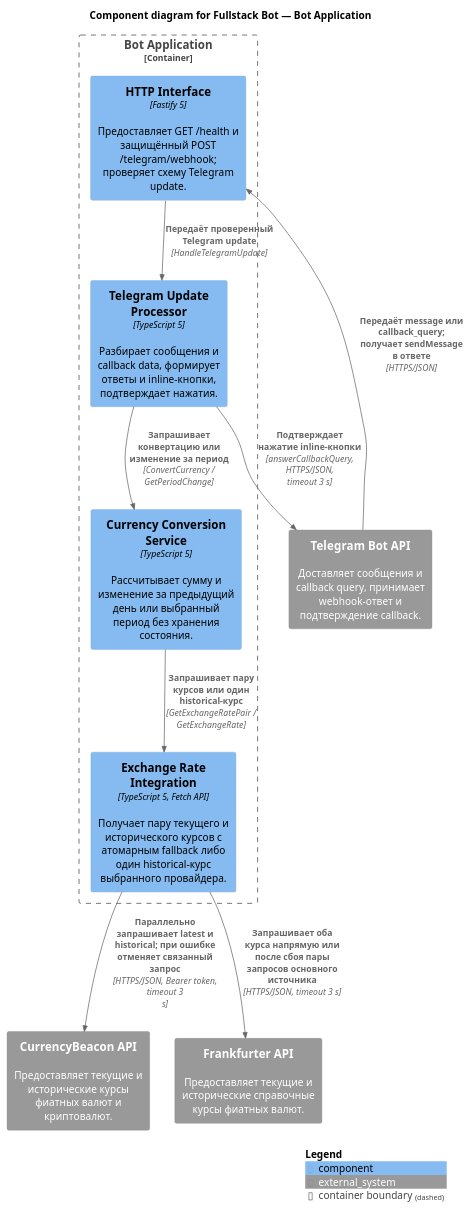
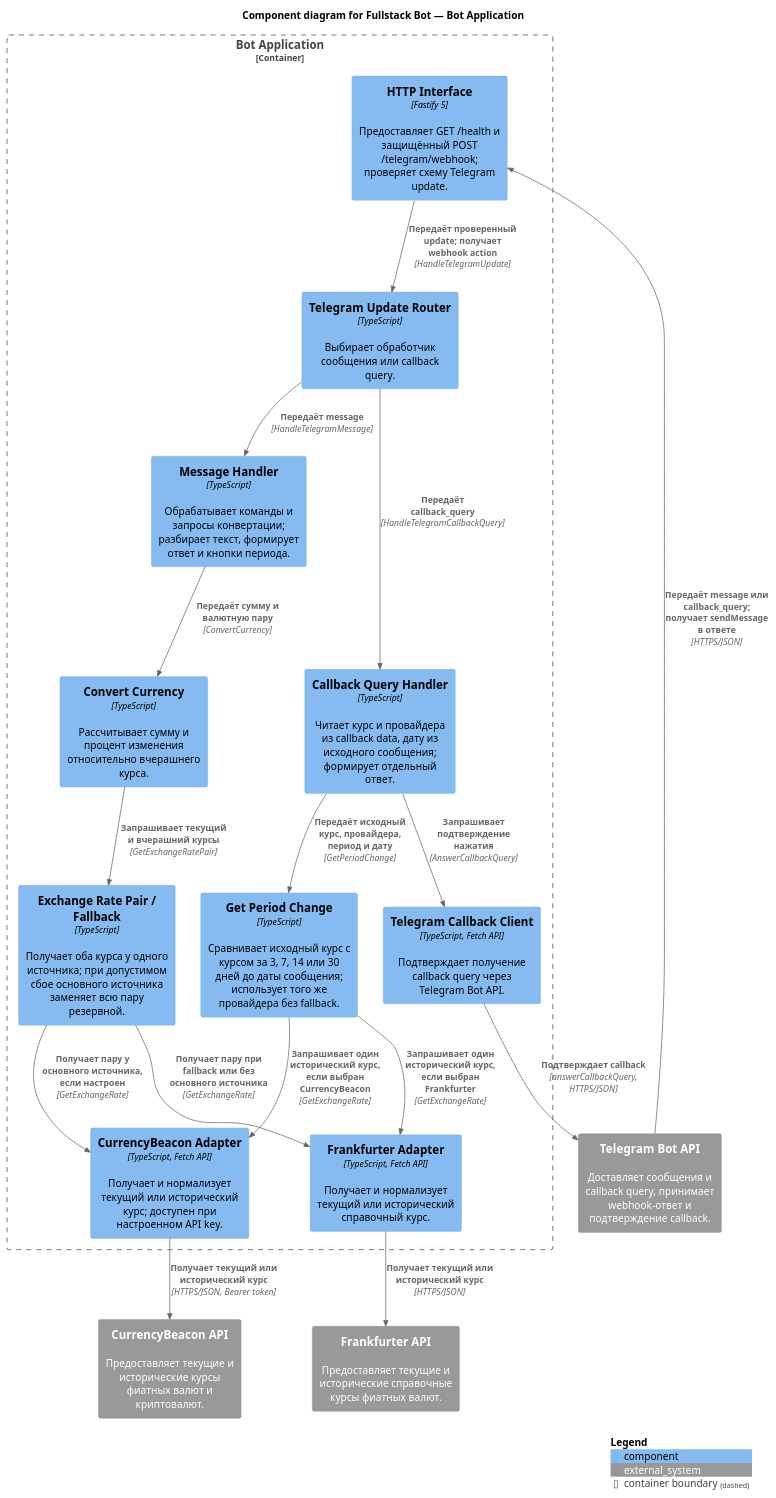
The diagram in docs/architecture/c4-components.puml (yarek-dev/FastestCurrency), drawn with PlantUML before and after one commit. The commit also changed 3 other files, not shown here.

Commit message:
docs: clarify C4 components and exchange rate workflows

```diff
--- a/docs/architecture/c4-components.puml
+++ b/docs/architecture/c4-components.puml
@@ -1,28 +1,42 @@
-@startuml Fullstack Bot - Telegram Bot Service Components
+@startuml Fullstack Bot - Bot Application Components
 !include <C4/C4_Component>
 
 title Component diagram for Fullstack Bot — Bot Application
 
 LAYOUT_TOP_DOWN()
 
 System_Ext(telegram, "Telegram Bot API", "Доставляет сообщения и callback query, принимает webhook-ответ и подтверждение callback.")
 System_Ext(currency_beacon, "CurrencyBeacon API", "Предоставляет текущие и исторические курсы фиатных валют и криптовалют.")
 System_Ext(frankfurter, "Frankfurter API", "Предоставляет текущие и исторические справочные курсы фиатных валют.")
 
 Container_Boundary(bot_app, "Bot Application") {
   Component(http_interface, "HTTP Interface", "Fastify 5", "Предоставляет GET /health и защищённый POST /telegram/webhook; проверяет схему Telegram update.")
-  Component(update_processor, "Telegram Update Processor", "TypeScript 5", "Разбирает сообщения и callback data, формирует ответы и inline-кнопки, подтверждает нажатия.")
-  Component(conversion_service, "Currency Conversion Service", "TypeScript 5", "Рассчитывает сумму и изменение за предыдущий день или выбранный период без хранения состояния.")
-  Component(exchange_rate_integration, "Exchange Rate Integration", "TypeScript 5, Fetch API", "Получает пару текущего и исторического курсов с атомарным fallback либо один historical-курс выбранного провайдера.")
+  Component(update_router, "Telegram Update Router", "TypeScript", "Выбирает обработчик сообщения или callback query.")
+  Component(message_handler, "Message Handler", "TypeScript", "Обрабатывает команды и запросы конвертации; разбирает текст, формирует ответ и кнопки периода.")
+  Component(callback_handler, "Callback Query Handler", "TypeScript", "Читает курс и провайдера из callback data, дату из исходного сообщения; формирует отдельный ответ.")
+  Component(convert_currency, "Convert Currency", "TypeScript", "Рассчитывает сумму и процент изменения относительно вчерашнего курса.")
+  Component(period_change, "Get Period Change", "TypeScript", "Сравнивает исходный курс с курсом за 3, 7, 14 или 30 дней до даты сообщения; использует того же провайдера без fallback.")
+  Component(rate_pair, "Exchange Rate Pair / Fallback", "TypeScript", "Получает оба курса у одного источника; при допустимом сбое основного источника заменяет всю пару резервной.")
+  Component(beacon_adapter, "CurrencyBeacon Adapter", "TypeScript, Fetch API", "Получает и нормализует текущий или исторический курс; доступен при настроенном API key.")
+  Component(frankfurter_adapter, "Frankfurter Adapter", "TypeScript, Fetch API", "Получает и нормализует текущий или исторический справочный курс.")
+  Component(telegram_client, "Telegram Callback Client", "TypeScript, Fetch API", "Подтверждает получение callback query через Telegram Bot API.")
 }
 
 Rel(telegram, http_interface, "Передаёт message или callback_query; получает sendMessage в ответе", "HTTPS/JSON")
-Rel(http_interface, update_processor, "Передаёт проверенный Telegram update", "HandleTelegramUpdate")
-Rel(update_processor, telegram, "Подтверждает нажатие inline-кнопки", "answerCallbackQuery, HTTPS/JSON, timeout 3 s")
-Rel(update_processor, conversion_service, "Запрашивает конвертацию или изменение за период", "ConvertCurrency / GetPeriodChange")
-Rel(conversion_service, exchange_rate_integration, "Запрашивает пару курсов или один historical-курс", "GetExchangeRatePair / GetExchangeRate")
-Rel(exchange_rate_integration, currency_beacon, "Параллельно запрашивает latest и historical; при ошибке отменяет связанный запрос", "HTTPS/JSON, Bearer token, timeout 3 s")
-Rel(exchange_rate_integration, frankfurter, "Запрашивает оба курса напрямую или после сбоя пары запросов основного источника", "HTTPS/JSON, timeout 3 s")
+Rel(http_interface, update_router, "Передаёт проверенный update; получает webhook action", "HandleTelegramUpdate")
+Rel(update_router, message_handler, "Передаёт message", "HandleTelegramMessage")
+Rel(update_router, callback_handler, "Передаёт callback_query", "HandleTelegramCallbackQuery")
+Rel(message_handler, convert_currency, "Передаёт сумму и валютную пару", "ConvertCurrency")
+Rel(callback_handler, period_change, "Передаёт исходный курс, провайдера, период и дату", "GetPeriodChange")
+Rel(callback_handler, telegram_client, "Запрашивает подтверждение нажатия", "AnswerCallbackQuery")
+Rel(telegram_client, telegram, "Подтверждает callback", "answerCallbackQuery, HTTPS/JSON")
+Rel(convert_currency, rate_pair, "Запрашивает текущий и вчерашний курсы", "GetExchangeRatePair")
+Rel(rate_pair, beacon_adapter, "Получает пару у основного источника, если настроен", "GetExchangeRate")
+Rel(rate_pair, frankfurter_adapter, "Получает пару при fallback или без основного источника", "GetExchangeRate")
+Rel(period_change, beacon_adapter, "Запрашивает один исторический курс, если выбран CurrencyBeacon", "GetExchangeRate")
+Rel(period_change, frankfurter_adapter, "Запрашивает один исторический курс, если выбран Frankfurter", "GetExchangeRate")
+Rel(beacon_adapter, currency_beacon, "Получает текущий или исторический курс", "HTTPS/JSON, Bearer token")
+Rel(frankfurter_adapter, frankfurter, "Получает текущий или исторический курс", "HTTPS/JSON")
 
 SHOW_LEGEND()
 @enduml
```
